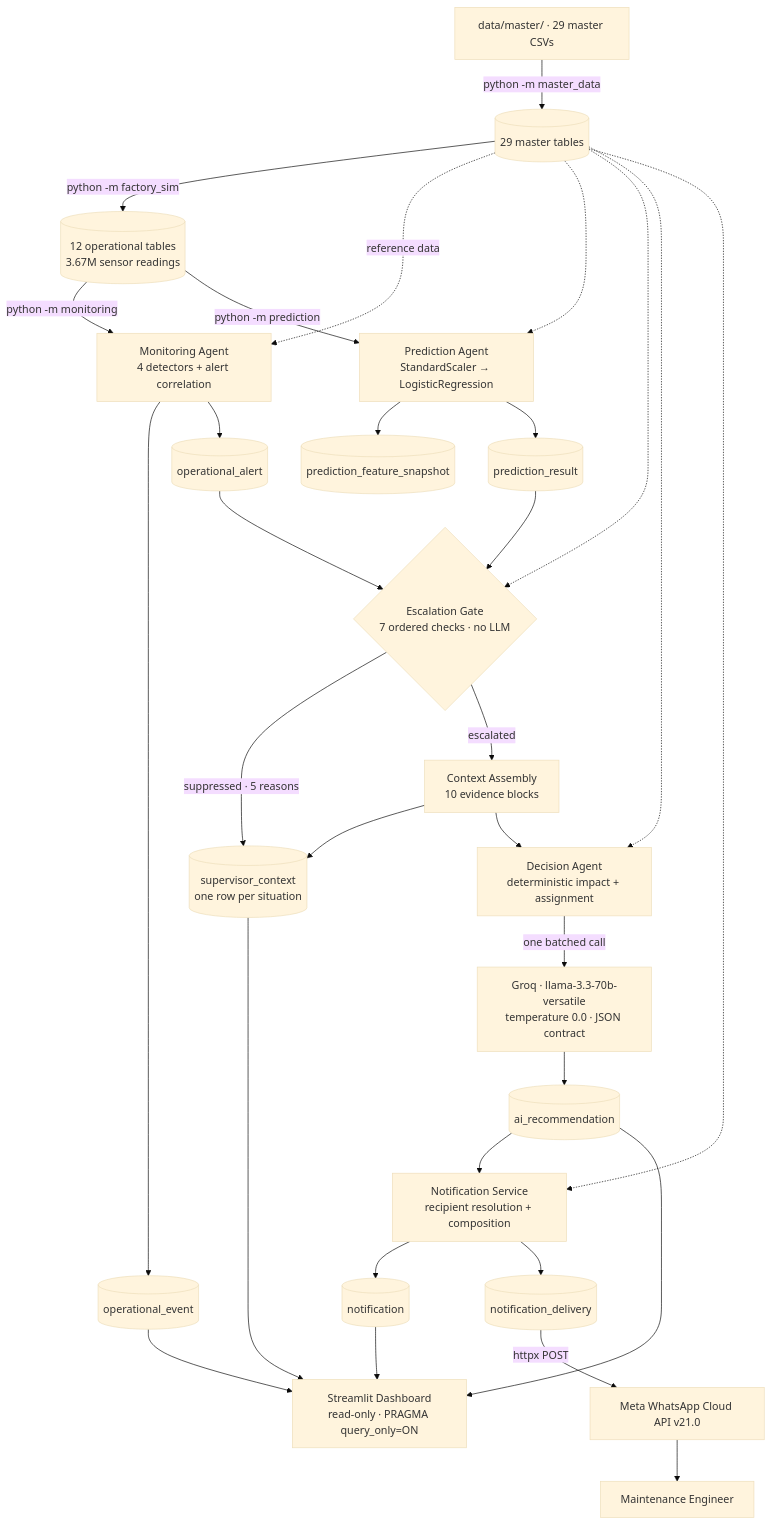
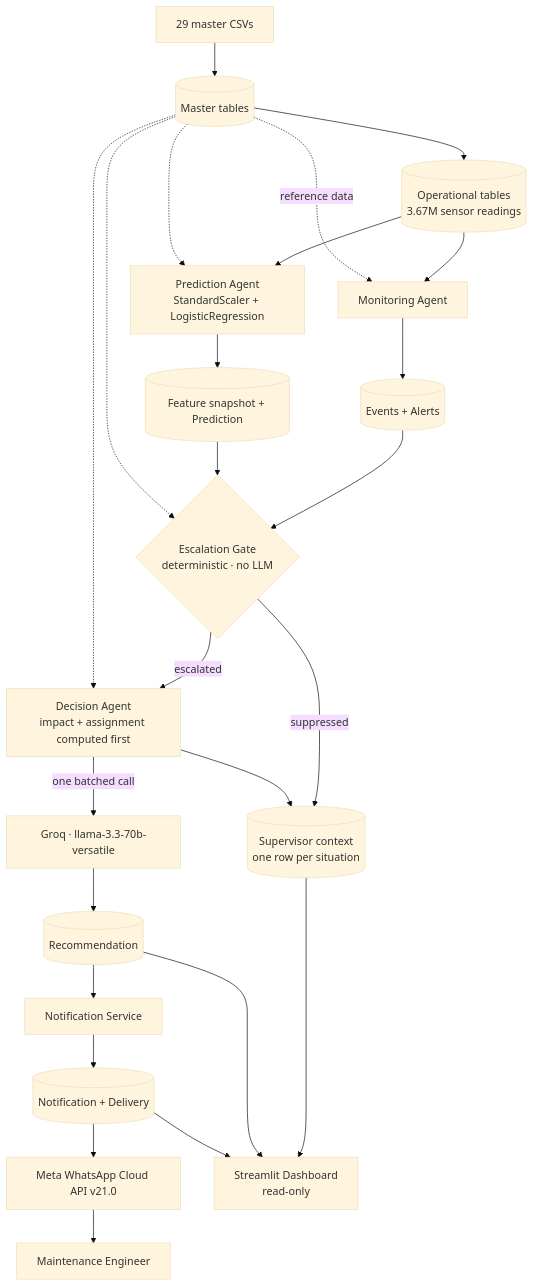
The diagram in README.md (Velayutham-S/FactoryFlow-AI), drawn with Mermaid (base theme) before and after one commit. The commit also changed other lines of this file, not shown here.

````diff
--- a/README.md
+++ b/README.md
@@ -111,41 +40,23 @@
 ```mermaid
 flowchart TD
-    CSV["data/master/ · 29 master CSVs"] -->|python -m master_data| MASTER[("29 master tables")]
-    MASTER -->|python -m factory_sim| SIM[("12 operational tables<br/>3.67M sensor readings")]
-
-    SIM -->|python -m monitoring| MON["Monitoring Agent<br/>4 detectors + alert correlation"]
-    MON --> EV[("operational_event")]
-    MON --> AL[("operational_alert")]
-
-    SIM -->|python -m prediction| PRED["Prediction Agent<br/>StandardScaler → LogisticRegression"]
-    PRED --> FS[("prediction_feature_snapshot")]
-    PRED --> PR[("prediction_result")]
-
-    AL --> GATE{"Escalation Gate<br/>7 ordered checks · no LLM"}
+    CSV["29 master CSVs"] --> MASTER[("Master tables")]
+    MASTER --> SIM[("Operational tables<br/>3.67M sensor readings")]
+    SIM --> MON["Monitoring Agent"] --> AL[("Events + Alerts")]
+    SIM --> PRED["Prediction Agent<br/>StandardScaler + LogisticRegression"]
+    PRED --> PR[("Feature snapshot + Prediction")]
+    AL --> GATE{"Escalation Gate<br/>deterministic · no LLM"}
     PR --> GATE
-
-    GATE -->|"suppressed · 5 reasons"| SC[("supervisor_context<br/>one row per situation")]
-    GATE -->|escalated| ASM["Context Assembly<br/>10 evidence blocks"]
-    ASM --> SC
-
-    ASM --> DEC["Decision Agent<br/>deterministic impact + assignment"]
-    DEC -->|one batched call| GROQ["Groq · llama-3.3-70b-versatile<br/>temperature 0.0 · JSON contract"]
-    GROQ --> REC[("ai_recommendation")]
-
-    REC --> NOT["Notification Service<br/>recipient resolution + composition"]
-    NOT --> N[("notification")]
-    NOT --> ND[("notification_delivery")]
-    ND -->|httpx POST| META["Meta WhatsApp Cloud API v21.0"]
-    META --> ENG["Maintenance Engineer"]
-
-    MASTER -.->|reference data| MON
+    GATE -->|"suppressed"| SC[("Supervisor context<br/>one row per situation")]
+    GATE -->|"escalated"| DEC["Decision Agent<br/>impact + assignment computed first"]
+    DEC --> SC
+    DEC -->|"one batched call"| GROQ["Groq · llama-3.3-70b-versatile"] --> REC[("Recommendation")]
+    REC --> NOT["Notification Service"] --> ND[("Notification + Delivery")]
+    ND --> META["Meta WhatsApp Cloud API v21.0"] --> ENG["Maintenance Engineer"]
+    MASTER -.->|"reference data"| MON
     MASTER -.-> PRED
     MASTER -.-> GATE
     MASTER -.-> DEC
-    MASTER -.-> NOT
-
-    SC --> DASH["Streamlit Dashboard<br/>read-only · PRAGMA query_only=ON"]
+    SC --> DASH["Streamlit Dashboard<br/>read-only"]
     REC --> DASH
-    N --> DASH
-    EV --> DASH
+    ND --> DASH
 ```
````
